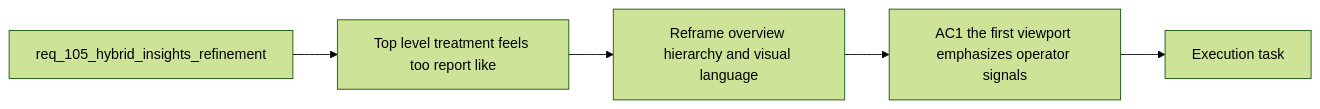
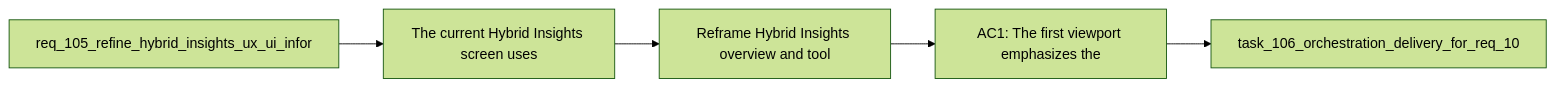
The diagram in logics/backlog/item_188_reframe_hybrid_insights_overview_and_tool_native_visual_language.md (AlexAgo83/logics-manager), drawn with Mermaid (forest theme) before and after one commit. The commit also changed 481 other files, not shown here.

````diff
--- a/logics/backlog/item_188_reframe_hybrid_insights_overview_and_tool_native_visual_language.md
+++ b/logics/backlog/item_188_reframe_hybrid_insights_overview_and_tool_native_visual_language.md
@@ -28,9 +28,9 @@
 ```mermaid
 %% logics-kind: backlog
-%% logics-signature: backlog|reframe-hybrid-insights-overview-and-too|req-105-hybrid-insights-refinement|the-current-hybrid-insights-screen-uses|ac1-the-first-viewport-emphasizes-the
+%% logics-signature: backlog|reframe-hybrid-insights-overview-and-too|req-105-refine-hybrid-insights-ux-ui-inf|the-current-hybrid-insights-screen-uses|ac1-the-first-viewport-emphasizes-the
 flowchart LR
-    Request[req_105_hybrid_insights_refinement] --> Problem[Top level treatment feels too report like]
-    Problem --> Scope[Reframe overview hierarchy and visual language]
-    Scope --> Acceptance[AC1 the first viewport emphasizes operator signals]
-    Acceptance --> Tasks[Execution task]
+    Request[req_105_refine_hybrid_insights_ux_ui_infor] --> Problem[The current Hybrid Insights screen uses]
+    Problem --> Scope[Reframe Hybrid Insights overview and tool]
+    Scope --> Acceptance[AC1: The first viewport emphasizes the]
+    Acceptance --> Tasks[task_106_orchestration_delivery_for_req_10]
 ```
````
